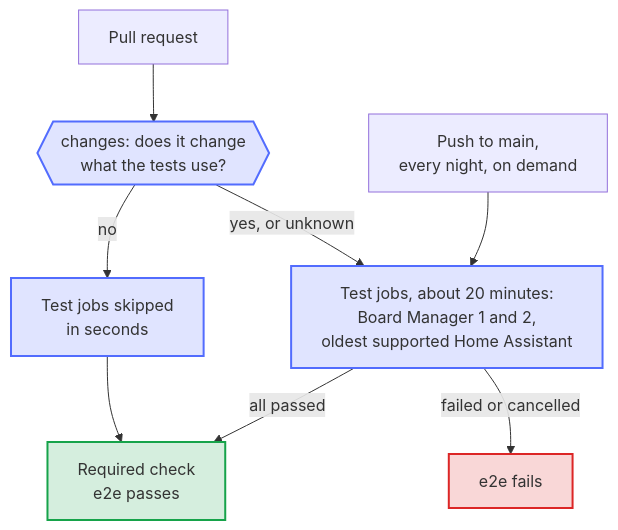
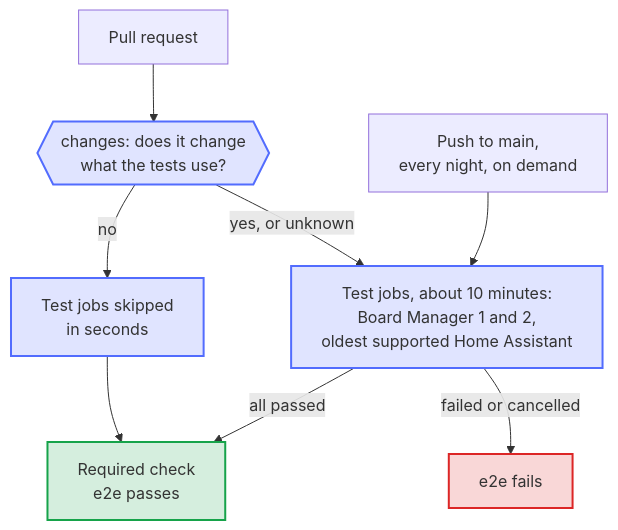
One commit to Dennis-Otto/ha-autodarts changed the diagram in docs/diagrams/e2e-gate.en.mmd. Above: the diagram before and after it, drawn with Mermaid. The commit also changed 20 other files, not shown here.

```diff
--- a/docs/diagrams/e2e-gate.en.mmd
+++ b/docs/diagrams/e2e-gate.en.mmd
@@ -1,23 +1,23 @@
 ---
 config:
   flowchart:
     wrappingWidth: 400
 ---
 flowchart TB
   accTitle: When the end-to-end tests run
   accDescr: A push to main, the nightly run and a manual run always run the test jobs. For a pull request, the job changes asks the API for its files; when the tests use one of them, or the files are unknown, the test jobs run, otherwise they are skipped in seconds. The required check e2e passes when every test job passed or none had to run, and fails when a job failed or was cancelled.
 
   PR["Pull request"] --> CHANGES{{"changes: does it change<br/>what the tests use?"}}
   MAIN["Push to main,<br/>every night, on demand"] --> TESTS
-  CHANGES -- "yes, or unknown" --> TESTS["Test jobs, about 20 minutes:<br/>Board Manager 1 and 2,<br/>oldest supported Home Assistant"]
+  CHANGES -- "yes, or unknown" --> TESTS["Test jobs, about 10 minutes:<br/>Board Manager 1 and 2,<br/>oldest supported Home Assistant"]
   CHANGES -- "no" --> SKIPPED["Test jobs skipped<br/>in seconds"]
   TESTS -- "all passed" --> PASS["Required check<br/>e2e passes"]
   SKIPPED --> PASS
   TESTS -- "failed or cancelled" --> FAIL["e2e fails"]
 
   classDef bot fill:#526cfe2e,stroke:#526cfe,stroke-width:2px
   classDef done fill:#16a34a2e,stroke:#16a34a,stroke-width:2px
   classDef failed fill:#dc26262e,stroke:#dc2626,stroke-width:2px
   class CHANGES,TESTS,SKIPPED bot
   class PASS done
   class FAIL failed
```
